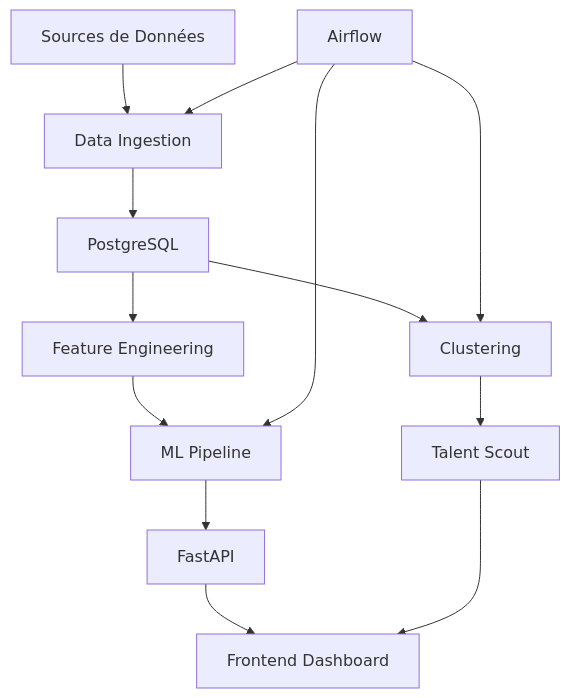
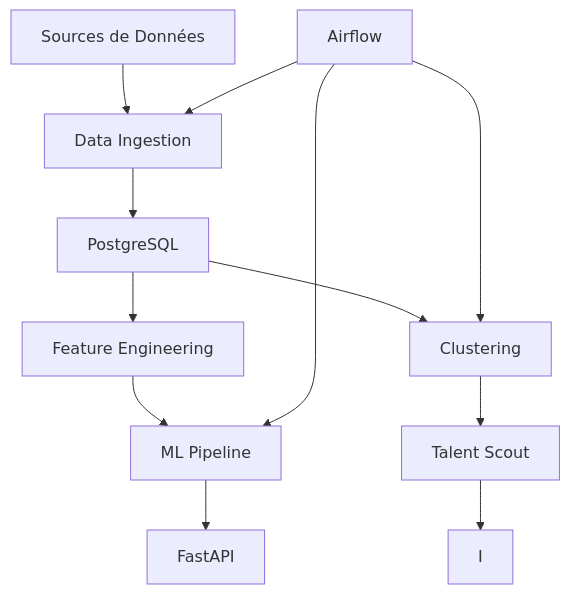
The diagram in README.md (sanogomamadou/FootStack-Project), drawn with Mermaid before and after one commit. The commit also changed other lines of this file, not shown here.

````diff
--- a/README.md
+++ b/README.md
@@ -36,15 +30,14 @@
 ```mermaid
 graph TB
     A[Sources de Données] --> B[Data Ingestion]
     B --> C[PostgreSQL]
     C --> D[Feature Engineering]
     D --> E[ML Pipeline]
     E --> F[FastAPI]
     C --> G[Clustering]
     G --> H[Talent Scout]
-    F --> I[Frontend Dashboard]
     H --> I
     J[Airflow] --> B
     J --> E
     J --> G
 ```
````
